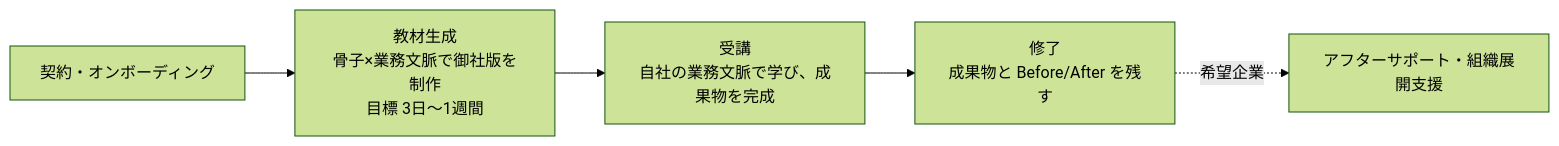
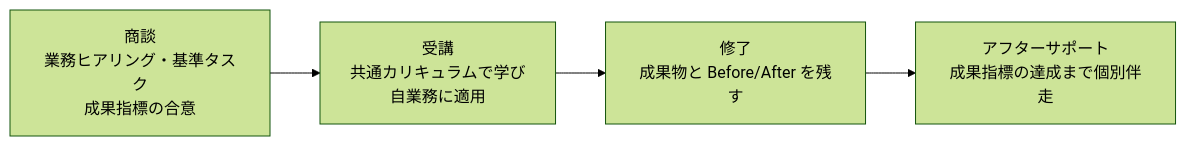
Before and after one commit to coachtech-material/pj_X: the diagram in CLAUDE.md, drawn with Mermaid (forest theme). The commit also changed other lines of this file and 7 other files, not shown here.

````diff
--- a/CLAUDE.md
+++ b/CLAUDE.md
@@ -145,10 +145,8 @@
 ```mermaid
 flowchart LR
-    A["契約・オンボーディング"]
-    B["教材生成<br>骨子×業務文脈で御社版を制作<br>目標 3日〜1週間"]
-    C["受講<br>自社の業務文脈で学び、成果物を完成"]
-    D["修了<br>成果物と Before/After を残す"]
-    E["アフターサポート・組織展開支援"]
+    A["商談<br>業務ヒアリング・基準タスク<br>成果指標の合意"]
+    B["受講<br>共通カリキュラムで学び<br>自業務に適用"]
+    C["修了<br>成果物と Before/After を残す"]
+    D["アフターサポート<br>成果指標の達成まで個別伴走"]
     A --> B --> C --> D
-    D -. 希望企業 .-> E
 ```
````
